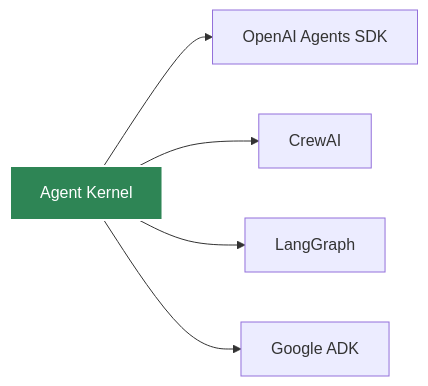
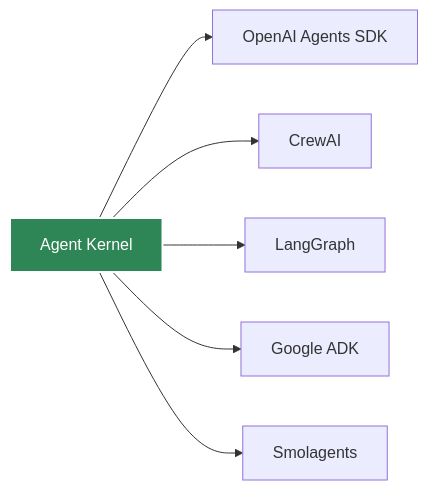
One commit to yaalalabs/agent-kernel changed the diagram in docs/docs/frameworks/overview.md. Above: the diagram before and after it, drawn with Mermaid. The commit also changed other lines of this file and 4 other files, not shown here.

````diff
--- a/docs/docs/frameworks/overview.md
+++ b/docs/docs/frameworks/overview.md
@@ -11,9 +11,10 @@
 ```mermaid
 graph LR
     A[Agent Kernel] --> B[OpenAI Agents SDK]
     A --> C[CrewAI]
     A --> D[LangGraph]
     A --> E[Google ADK]
+    A --> F[Smolagents]
     
     style A fill:#2e8555,stroke:#fff,stroke-width:2px,color:#fff
 ```
````
